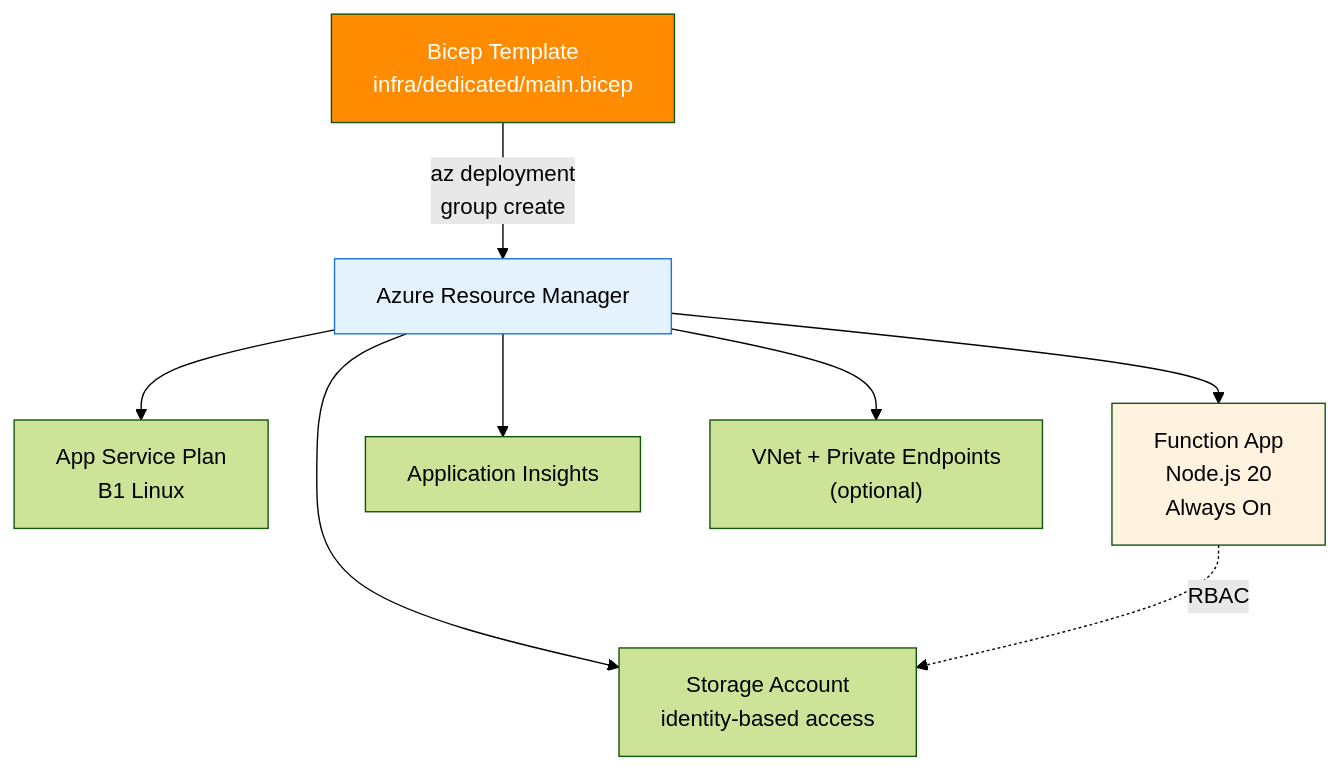
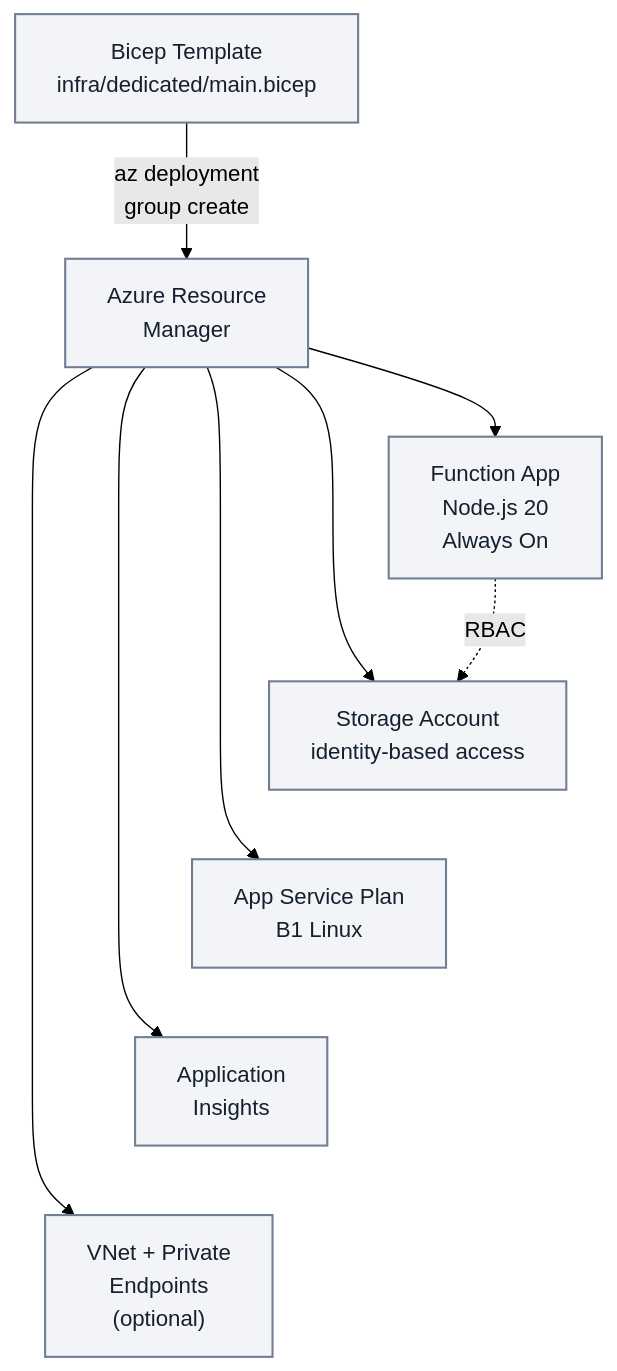
The diagram in docs/language-guides/nodejs/tutorial/dedicated/05-infrastructure-as-code.md (yeongseon/azure-functions-practical-guide), drawn with Mermaid (forest theme) before and after one commit. The commit also changed other lines of this file and 4 other files, not shown here.

First line of the commit message:
docs(diagrams): improve Node.js infrastructure tutorial figures (#514)

````diff
--- a/docs/language-guides/nodejs/tutorial/dedicated/05-infrastructure-as-code.md
+++ b/docs/language-guides/nodejs/tutorial/dedicated/05-infrastructure-as-code.md
@@ -50,16 +52,21 @@
 ```mermaid
 flowchart TD
-    BICEP[Bicep Template\ninfra/dedicated/main.bicep] -->|az deployment\ngroup create| ARM[Azure Resource Manager]
+    accTitle: Node.js Linux Dedicated B1 infrastructure configuration map
+    accDescr: Illustrative ARM provisioning associations for this Node.js 20 Linux B1 example, with Always On, identity-based storage, Application Insights and optional networking. The dotted RBAC association represents configured storage permissions, not proof of working authentication. Arrows do not specify serial creation or network hops, and do not prove successful deployment. The runtime label describes the tutorial configuration, not a current support recommendation.
+    BICEP["Bicep Template<br/>infra/dedicated/main.bicep"] -->|"az deployment<br/>group create"| ARM["Azure Resource<br/>Manager"]
 
-    ARM --> ST["Storage Account\nidentity-based access"]
-    ARM --> PLAN["App Service Plan\nB1 Linux"]
-    ARM --> FA["Function App\nNode.js 20\nAlways On"]
-    ARM --> AI["Application Insights"]
-    ARM --> VNET["VNet + Private Endpoints\n(optional)"]
+    ARM --> ST["Storage Account<br/>identity-based access"]
+    ARM --> PLAN["App Service Plan<br/>B1 Linux"]
+    ARM --> FA["Function App<br/>Node.js 20<br/>Always On"]
+    ARM --> AI["Application<br/>Insights"]
+    ARM --> VNET["VNet + Private<br/>Endpoints<br/>(optional)"]
 
     FA -.->|RBAC| ST
 
-    style BICEP fill:#ff8c00,color:#fff
-    style ARM fill:#E3F2FD,stroke:#1976D2
-    style FA fill:#FFF3E0
+    %% Layout-only tiers; add no provisioning dependencies or visible arrows.
+    ST ~~~ PLAN
+    PLAN ~~~ AI
+    AI ~~~ VNET
+    classDef baseNeutral fill:#f2f4f8,stroke:#707e93,stroke-width:1.5px,color:#14202e;
+    class BICEP,ARM,ST,PLAN,FA,AI,VNET baseNeutral;
 ```
````
